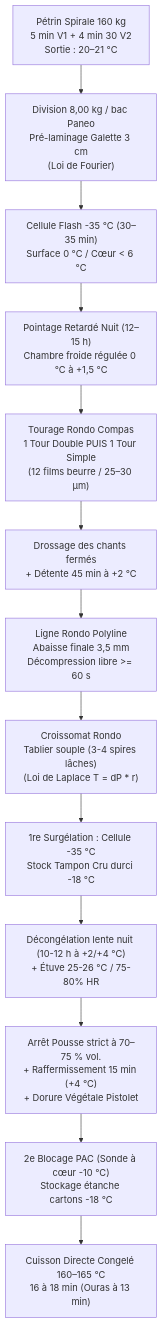
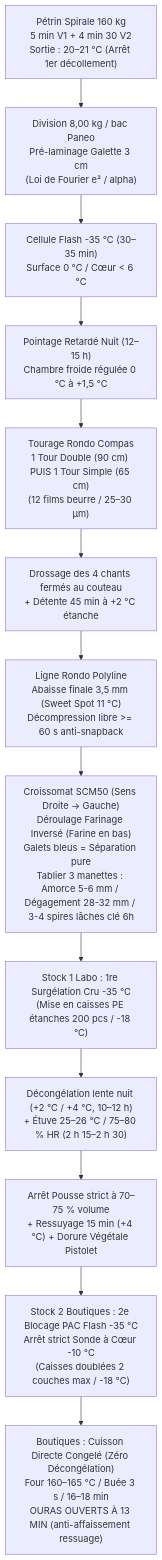
The diagram in recettes/catalogue/croissant-pac-excellence.md (jri561/laboratoire-tourage-boulangerie), drawn with Mermaid before and after one commit. The commit also changed other lines of this file and 92 other files, not shown here.

````diff
--- a/recettes/catalogue/croissant-pac-excellence.md
+++ b/recettes/catalogue/croissant-pac-excellence.md
@@ -53,15 +58,15 @@
 ```mermaid
 flowchart TD
-    A["Pétrin Spirale 160 kg\n5 min V1 + 4 min 30 V2\nSortie : 20–21 °C"] --> B["Division 8,00 kg / bac Paneo\nPré-laminage Galette 3 cm\n(Loi de Fourier)"]
+    A["Pétrin Spirale 160 kg\n5 min V1 + 4 min 30 V2\nSortie : 20–21 °C (Arrêt 1er décollement)"] --> B["Division 8,00 kg / bac Paneo\nPré-laminage Galette 3 cm\n(Loi de Fourier e² / alpha)"]
     B --> C["Cellule Flash -35 °C (30–35 min)\nSurface 0 °C / Cœur < 6 °C"]
     C --> D["Pointage Retardé Nuit (12–15 h)\nChambre froide régulée 0 °C à +1,5 °C"]
-    D --> E["Tourage Rondo Compas\n1 Tour Double PUIS 1 Tour Simple\n(12 films beurre / 25–30 µm)"]
-    E --> F["Drossage des chants fermés\n+ Détente 45 min à +2 °C"]
-    F --> G["Ligne Rondo Polyline\nAbaisse finale 3,5 mm\nDécompression libre >= 60 s"]
-    G --> H["Croissomat Rondo\nTablier souple (3-4 spires lâches)\n(Loi de Laplace T = dP * r)"]
-    H --> I["1re Surgélation : Cellule -35 °C\nStock Tampon Cru durci -18 °C"]
-    I --> J["Décongélation lente nuit (10-12 h à +2/+4 °C)\n+ Étuve 25-26 °C / 75-80% HR"]
-    J --> K["Arrêt Pousse strict à 70–75 % vol.\n+ Raffermissement 15 min (+4 °C)\n+ Dorure Végétale Pistolet"]
-    K --> L["2e Blocage PAC (Sonde à cœur -10 °C)\nStockage étanche cartons -18 °C"]
-    L --> M["Cuisson Directe Congelé 160–165 °C\n16 à 18 min (Ouras à 13 min)"]
+    D --> E["Tourage Rondo Compas\n1 Tour Double (90 cm) PUIS 1 Tour Simple (65 cm)\n(12 films beurre / 25–30 µm)"]
+    E --> F["Drossage des 4 chants fermés au couteau\n+ Détente 45 min à +2 °C étanche"]
+    F --> G["Ligne Rondo Polyline\nAbaisse finale 3,5 mm (Sweet Spot 11 °C)\nDécompression libre >= 60 s anti-snapback"]
+    G --> H["Croissomat SCM50 (Sens Droite -> Gauche)\nDéroulage Farinage Inversé (Farine en bas)\nGalets bleus = Séparation pure\nTablier 3 manettes : Amorce 5-6 mm / Dégagement 28-32 mm / 3-4 spires lâches clé 6h"]
+    H --> I["Stock 1 Labo : 1re Surgélation Cru -35 °C\n(Mise en caisses PE étanches 200 pcs / -18 °C)"]
+    I --> J["Décongélation lente nuit (+2 °C / +4 °C, 10–12 h)\n+ Étuve 25–26 °C / 75–80 % HR (2 h 15–2 h 30)"]
+    J --> K["Arrêt Pousse strict à 70–75 % volume\n+ Ressuyage 15 min (+4 °C) + Dorure Végétale Pistolet"]
+    K --> L["Stock 2 Boutiques : 2e Blocage PAC Flash -35 °C\nArrêt strict Sonde à Cœur -10 °C\n(Caisses doublées 2 couches max / -18 °C)"]
+    L --> M["Boutiques : Cuisson Directe Congelé (Zéro Décongélation)\nFour 160–165 °C / Buée 3 s / 16–18 min\nOURAS OUVERTS À 13 MIN (anti-affaissement ressuage)"]
 ```
````
